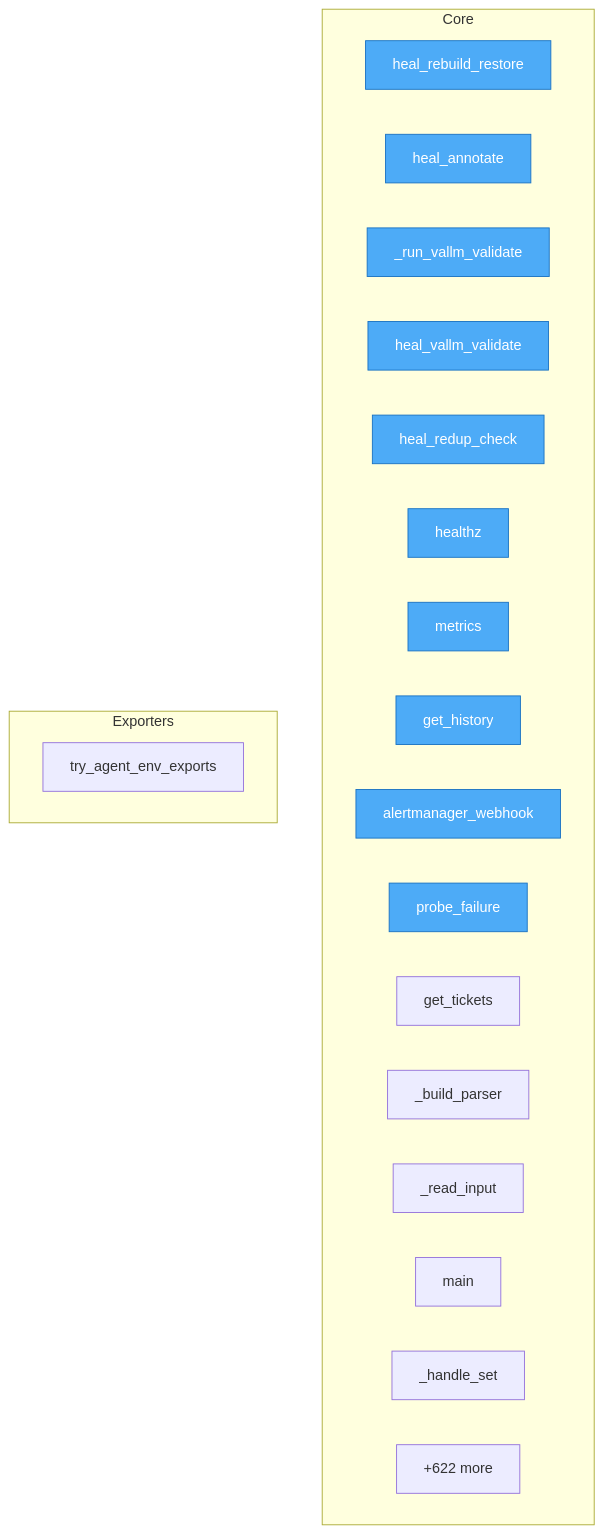
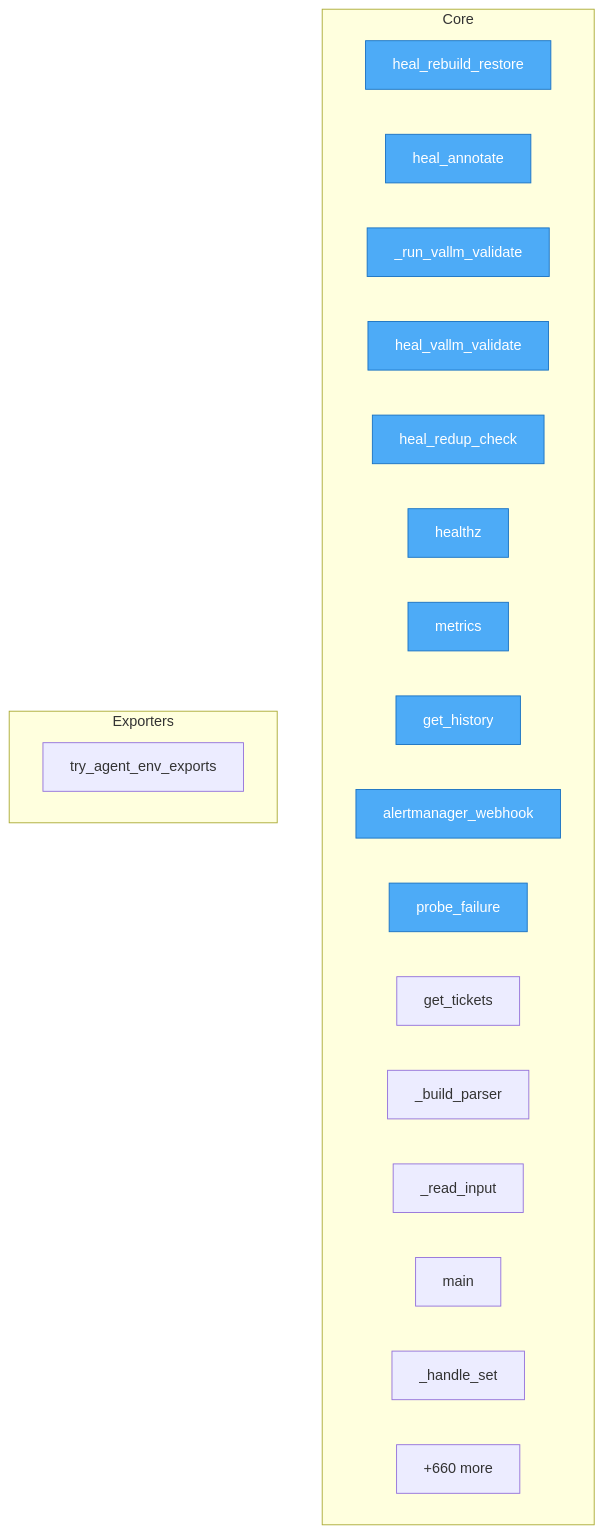
The diagram in project/flow.mmd (semcod/koru), drawn with Mermaid before and after one commit. The commit also changed 34 other files, not shown here.

```diff
--- a/project/flow.mmd
+++ b/project/flow.mmd
@@ -1,30 +1,30 @@
 flowchart TD
-%% generated in 0.15s
+%% generated in 0.04s
 
     %% Entry points (blue)
     classDef entry fill:#4dabf7,stroke:#1971c2,color:#fff
 
     subgraph Core
         services__healing_webhook__app__heal_rebuild_restore["heal_rebuild_restore"]
         services__healing_webhook__app__heal_annotate["heal_annotate"]
         services__healing_webhook__app___run_vallm_validate["_run_vallm_validate"]
         services__healing_webhook__app__heal_vallm_validate["heal_vallm_validate"]
         services__healing_webhook__app__heal_redup_check["heal_redup_check"]
         services__healing_webhook__app__healthz["healthz"]
         services__healing_webhook__app__metrics["metrics"]
         services__healing_webhook__app__get_history["get_history"]
         services__healing_webhook__app__alertmanager_webhook["alertmanager_webhook"]
         services__healing_webhook__app__probe_failure["probe_failure"]
         services__healing_webhook__app__get_tickets["get_tickets"]
         src__korudsl__cli___build_parser["_build_parser"]
         src__korudsl__cli___read_input["_read_input"]
         src__korudsl__cli__main["main"]
         src__korudsl__library___handle_set["_handle_set"]
-        ...["+622 more"]
+        ...["+660 more"]
     end
 
     subgraph Exporters
         src__koru__agent_cli_helpers__try_agent_env_exports["try_agent_env_exports"]
     end
 
     class services__healing_webhook__app__heal_rebuild_restore,services__healing_webhook__app__heal_annotate,services__healing_webhook__app___run_vallm_validate,services__healing_webhook__app__heal_vallm_validate,services__healing_webhook__app__heal_redup_check,services__healing_webhook__app__healthz,services__healing_webhook__app__metrics,services__healing_webhook__app__get_history,services__healing_webhook__app__alertmanager_webhook,services__healing_webhook__app__probe_failure entry
```
